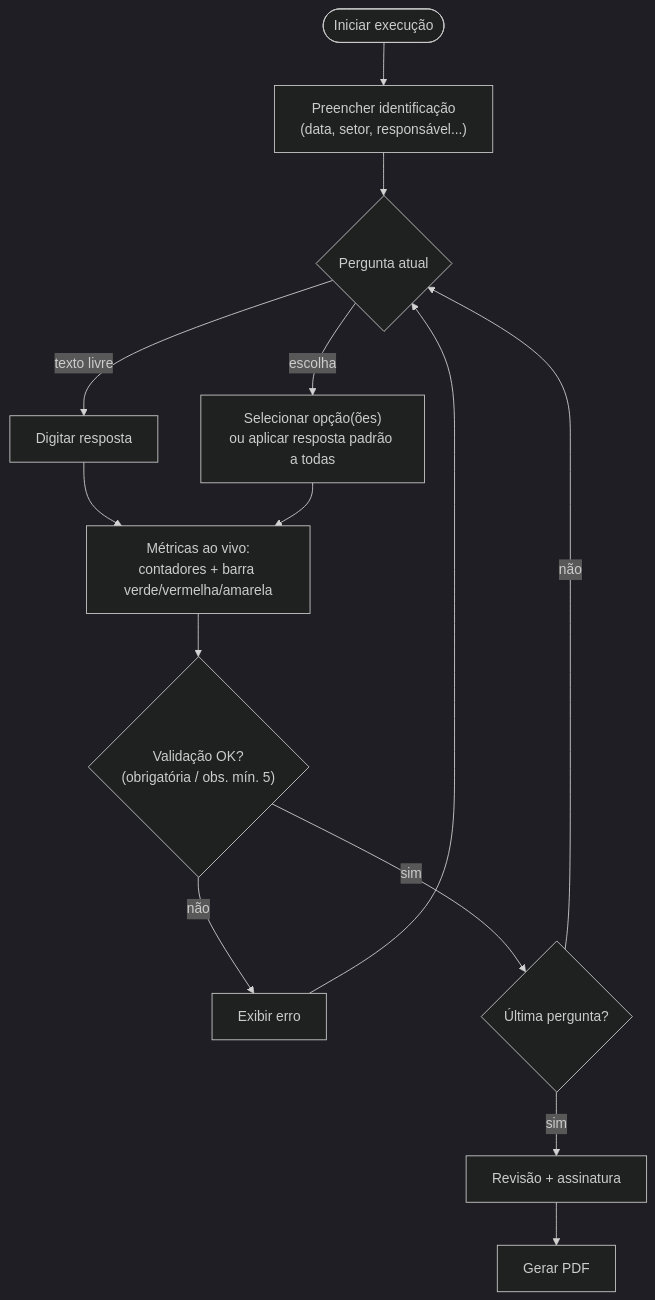
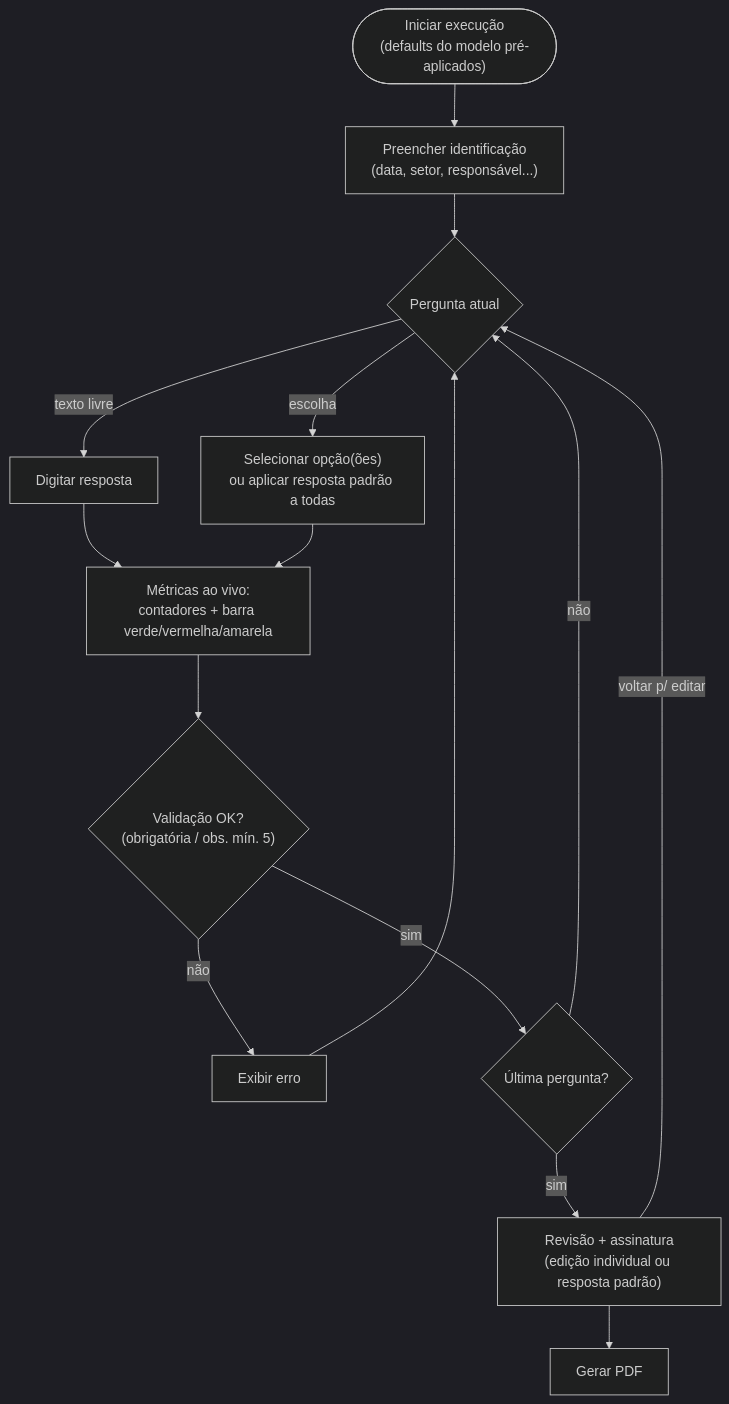
Before and after one commit to teonett/gerador_conferencia_p0l4r1s: the second of 5 diagrams in README.md, drawn with Mermaid (dark theme). The commit also changed other lines of this file and 11 other files, not shown here.

````diff
--- a/README.md
+++ b/README.md
@@ -153,15 +163,16 @@
 ```mermaid
 flowchart TD
-    A(["Iniciar execução"]) --> B["Preencher identificação<br/>(data, setor, responsável...)"]
+    A(["Iniciar execução<br/>(defaults do modelo pré-aplicados)"]) --> B["Preencher identificação<br/>(data, setor, responsável...)"]
     B --> C{"Pergunta atual"}
     C -->|texto livre| D["Digitar resposta"]
     C -->|escolha| E["Selecionar opção(ões)<br/>ou aplicar resposta padrão a todas"]
     D --> F["Métricas ao vivo:<br/>contadores + barra verde/vermelha/amarela"]
     E --> F
     F --> G{"Validação OK?<br/>(obrigatória / obs. mín. 5)"}
     G -->|não| H["Exibir erro"] --> C
     G -->|sim| I{"Última pergunta?"}
     I -->|não| C
-    I -->|sim| J["Revisão + assinatura"]
+    I -->|sim| J["Revisão + assinatura<br/>(edição individual ou resposta padrão)"]
     J --> K["Gerar PDF"]
+    J -->|voltar p/ editar| C
 ```
````
